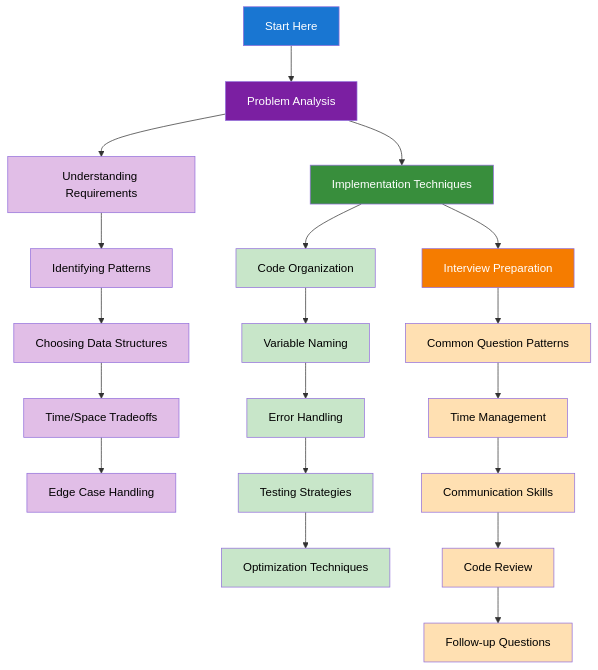
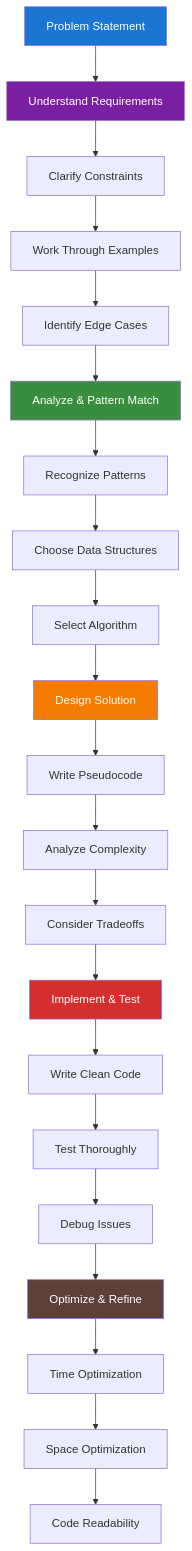
One commit to archman-dev/website changed the diagram in docs/algorithms-and-data-structures/problem-solving-strategies/index.mdx. Above: the diagram before and after it, drawn with Mermaid. The commit also changed other lines of this file, not shown here.

Commit message:
feat(docs): refine problem-solving strategies section for clarity and depth
- Enhanced the introduction to emphasize the importance of systematic approaches in algorithmic problem-solving.
- Updated the problem-solving methodology diagram to reflect a more comprehensive and structured process.
- Expanded the content to include a clear outline of what learners will master, focusing on problem analysis, implementation techniques, and interview preparation.
- Improved the prerequisites and getting started sections to guide users effectively through the learning process.

````diff
--- a/docs/algorithms-and-data-structures/problem-solving-strategies/index.mdx
+++ b/docs/algorithms-and-data-structures/problem-solving-strategies/index.mdx
@@ -76,44 +80,30 @@
-```mermaid title="problem-solving-overview.mmd" showLineNumbers
+```mermaid title="problem-solving-methodology.mmd" showLineNumbers
 flowchart TD
-    Start["Start Here"] --> PA["Problem Analysis"]
-    PA --> IT["Implementation Techniques"]
-    IT --> IP["Interview Preparation"]
+    Problem["Problem Statement"] --> Understand["Understand Requirements"]
+    Understand --> Clarify["Clarify Constraints"]
+    Clarify --> Examples["Work Through Examples"]
+    Examples --> EdgeCases["Identify Edge Cases"]
+    EdgeCases --> Analyze["Analyze & Pattern Match"]
+    Analyze --> Patterns["Recognize Patterns"]
+    Patterns --> DS["Choose Data Structures"]
+    DS --> Algorithm["Select Algorithm"]
+    Algorithm --> Design["Design Solution"]
+    Design --> Pseudocode["Write Pseudocode"]
+    Pseudocode --> Complexity["Analyze Complexity"]
+    Complexity --> Tradeoffs["Consider Tradeoffs"]
+    Tradeoffs --> Implement["Implement & Test"]
+    Implement --> Code["Write Clean Code"]
+    Code --> Test["Test Thoroughly"]
+    Test --> Debug["Debug Issues"]
+    Debug --> Optimize["Optimize & Refine"]
+    Optimize --> Time["Time Optimization"]
+    Time --> Space["Space Optimization"]
+    Space --> Readability["Code Readability"]
     
-    PA --> UR["Understanding Requirements"]
-    UR --> IP2["Identifying Patterns"]
-    IP2 --> CDS["Choosing Data Structures"]
-    CDS --> TST["Time/Space Tradeoffs"]
-    TST --> ECH["Edge Case Handling"]
-    
-    IT --> CO["Code Organization"]
-    CO --> VN["Variable Naming"]
-    VN --> EH["Error Handling"]
-    EH --> TS["Testing Strategies"]
-    TS --> OT["Optimization Techniques"]
-    
-    IP --> CQP["Common Question Patterns"]
-    CQP --> TM["Time Management"]
-    TM --> CS["Communication Skills"]
-    CS --> CR["Code Review"]
-    CR --> FUQ["Follow-up Questions"]
-    
-    style Start fill:#1976d2,color:#ffffff
-    style PA fill:#7b1fa2,color:#ffffff
-    style IT fill:#388e3c,color:#ffffff
-    style IP fill:#f57c00,color:#ffffff
-    style UR fill:#e1bee7,color:#000000
-    style IP2 fill:#e1bee7,color:#000000
-    style CDS fill:#e1bee7,color:#000000
-    style TST fill:#e1bee7,color:#000000
-    style ECH fill:#e1bee7,color:#000000
-    style CO fill:#c8e6c9,color:#000000
-    style VN fill:#c8e6c9,color:#000000
-    style EH fill:#c8e6c9,color:#000000
-    style TS fill:#c8e6c9,color:#000000
-    style OT fill:#c8e6c9,color:#000000
-    style CQP fill:#ffe0b2,color:#000000
-    style TM fill:#ffe0b2,color:#000000
-    style CS fill:#ffe0b2,color:#000000
-    style CR fill:#ffe0b2,color:#000000
-    style FUQ fill:#ffe0b2,color:#000000
+    style Problem fill:#1976d2,color:#ffffff
+    style Understand fill:#7b1fa2,color:#ffffff
+    style Analyze fill:#388e3c,color:#ffffff
+    style Design fill:#f57c00,color:#ffffff
+    style Implement fill:#d32f2f,color:#ffffff
+    style Optimize fill:#5d4037,color:#ffffff
 ```
````
